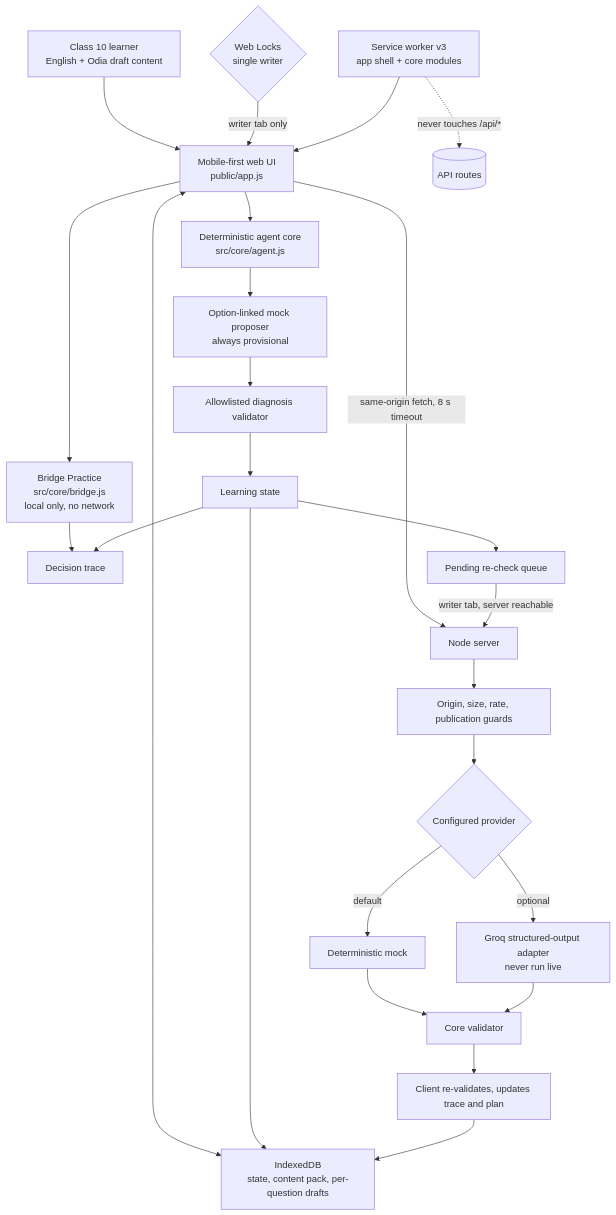
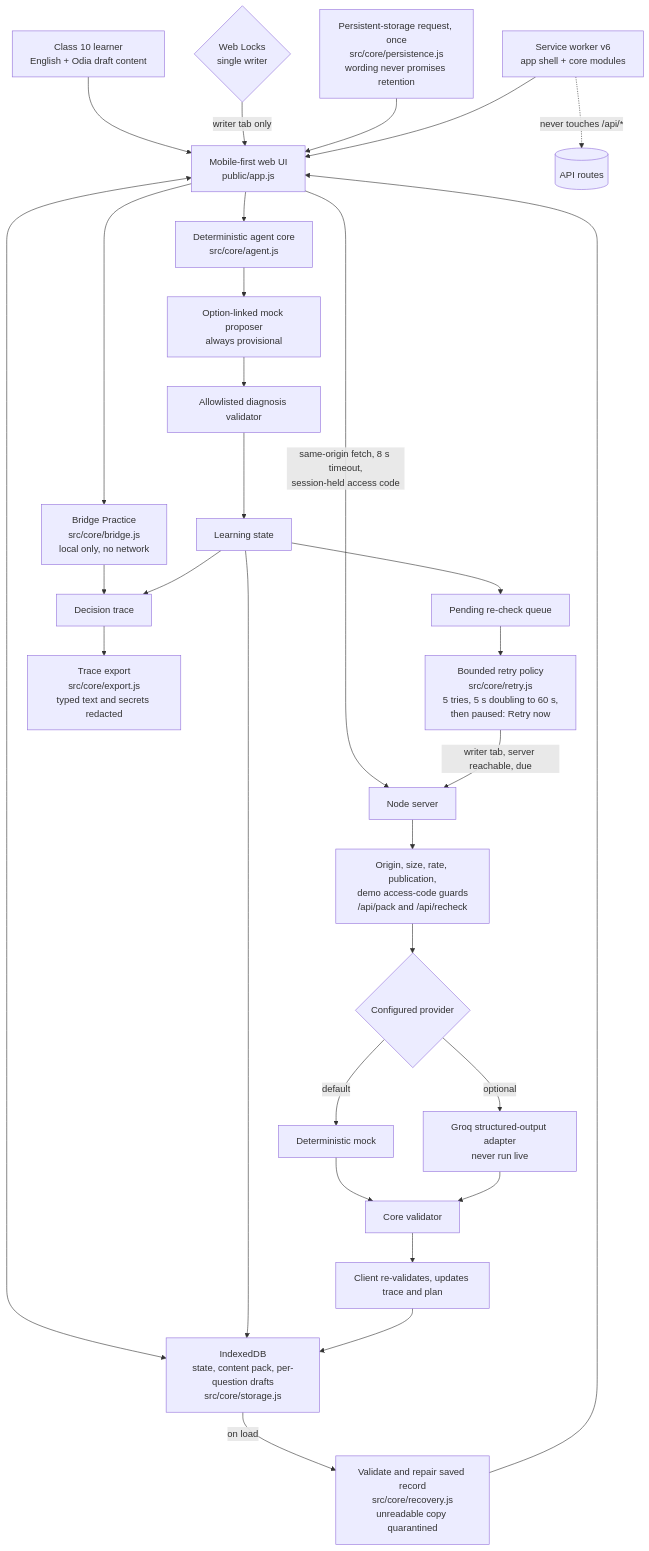
The diagram in docs/ARCHITECTURE.md (ankitanayak77/PathaSetu), drawn with Mermaid before and after one commit. The commit also changed other lines of this file and 42 other files, not shown here.

````diff
--- a/docs/ARCHITECTURE.md
+++ b/docs/ARCHITECTURE.md
@@ -5,27 +5,32 @@
 ```mermaid
 flowchart TD
     Learner[Class 10 learner<br/>English + Odia draft content] --> UI[Mobile-first web UI<br/>public/app.js]
-    UI <--> Store[IndexedDB<br/>state, content pack, per-question drafts]
+    UI <--> Store[IndexedDB<br/>state, content pack, per-question drafts<br/>src/core/storage.js]
+    Store -->|on load| Repair[Validate and repair saved record<br/>src/core/recovery.js<br/>unreadable copy quarantined]
+    Repair --> UI
     UI --> Agent[Deterministic agent core<br/>src/core/agent.js]
     UI --> Bridge[Bridge Practice<br/>src/core/bridge.js<br/>local only, no network]
     Bridge --> Trace
     Agent --> Mock[Option-linked mock proposer<br/>always provisional]
     Mock --> Validator[Allowlisted diagnosis validator]
     Validator --> State[Learning state]
     State --> Trace[Decision trace]
     State --> Store
     State --> Queue[Pending re-check queue]
+    Queue --> Retry[Bounded retry policy<br/>src/core/retry.js<br/>5 tries, 5 s doubling to 60 s,<br/>then paused: Retry now]
+    Trace --> Export[Trace export<br/>src/core/export.js<br/>typed text and secrets redacted]
     Lock{Web Locks<br/>single writer} -->|writer tab only| UI
-    SW[Service worker v3<br/>app shell + core modules] --> UI
+    Persist[Persistent-storage request, once<br/>src/core/persistence.js<br/>wording never promises retention] --> UI
+    SW[Service worker v6<br/>app shell + core modules] --> UI
     SW -.->|never touches /api/*| Routes[(API routes)]
-    UI -->|same-origin fetch, 8 s timeout| Server[Node server]
-    Queue -->|writer tab, server reachable| Server
-    Server --> Guard[Origin, size, rate, publication guards]
+    UI -->|same-origin fetch, 8 s timeout,<br/>session-held access code| Server[Node server]
+    Retry -->|writer tab, server reachable, due| Server
+    Server --> Guard[Origin, size, rate, publication,<br/>demo access-code guards<br/>/api/pack and /api/recheck]
     Guard --> Select{Configured provider}
     Select -->|default| ServerMock[Deterministic mock]
     Select -->|optional| Groq[Groq structured-output adapter<br/>never run live]
     ServerMock --> ServerValidate[Core validator]
     Groq --> ServerValidate
     ServerValidate --> Recheck[Client re-validates, updates trace and plan]
     Recheck --> Store
 ```
````
